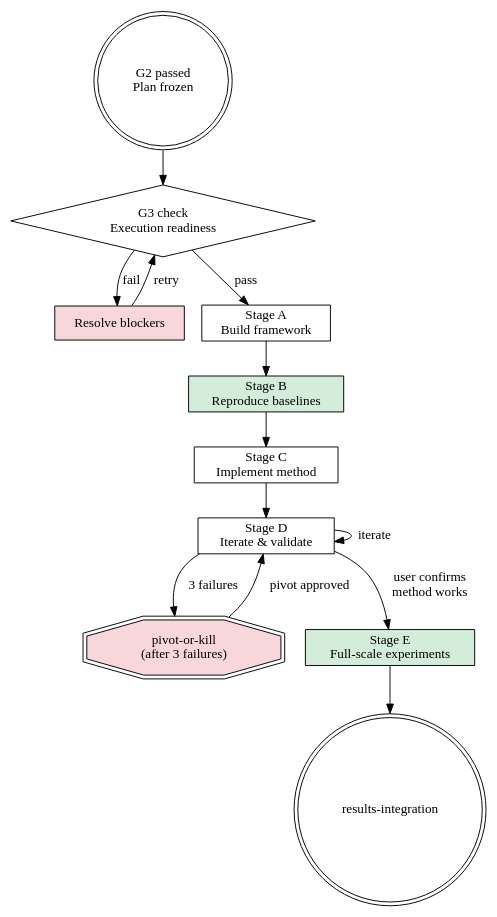
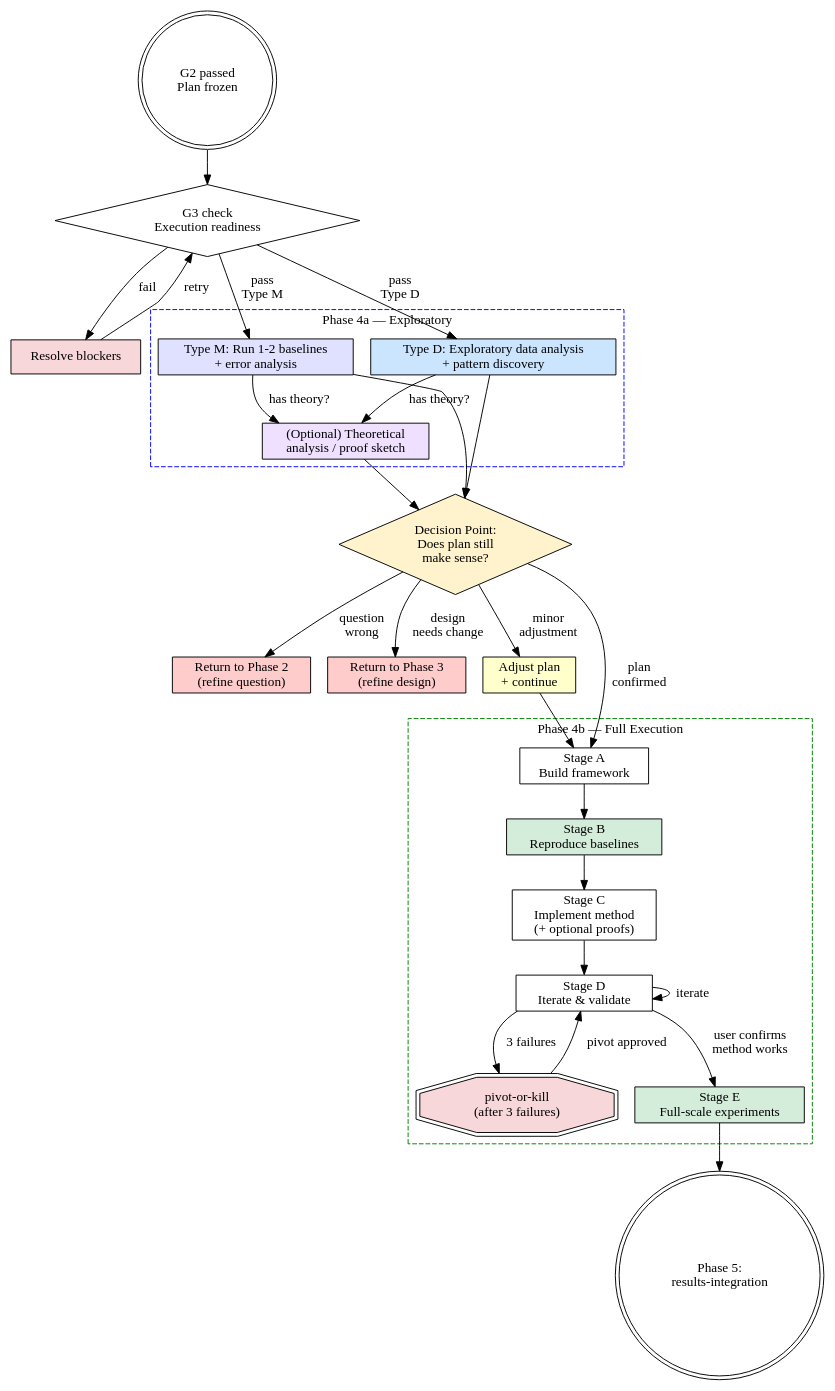
Before and after one commit to EvoClaw/amplify: the diagram in skills/experiment-execution/SKILL.md, drawn with Graphviz. The commit also changed other lines of this file and 13 other files, not shown here.

````diff
--- a/skills/experiment-execution/SKILL.md
+++ b/skills/experiment-execution/SKILL.md
@@ -40,28 +55,62 @@
 ```dot
 digraph execution {
     rankdir=TB;
     g2 [label="G2 passed\nPlan frozen" shape=doublecircle];
     g3 [label="G3 check\nExecution readiness" shape=diamond];
     g3_fail [label="Resolve blockers" shape=box style=filled fillcolor="#f8d7da"];
-    A [label="Stage A\nBuild framework" shape=box];
-    B [label="Stage B\nReproduce baselines" shape=box style=filled fillcolor="#d4edda"];
-    C [label="Stage C\nImplement method" shape=box];
-    D [label="Stage D\nIterate & validate" shape=box];
-    pivot [label="pivot-or-kill\n(after 3 failures)" shape=doubleoctagon style=filled fillcolor="#f8d7da"];
-    E [label="Stage E\nFull-scale experiments" shape=box style=filled fillcolor="#d4edda"];
-    results [label="results-integration" shape=doublecircle];
+    
+    subgraph cluster_4a {
+        label="Phase 4a — Exploratory";
+        style=dashed;
+        color=blue;
+        exp_M [label="Type M: Run 1-2 baselines\n+ error analysis" shape=box style=filled fillcolor="#e0e0ff"];
+        exp_D [label="Type D: Exploratory data analysis\n+ pattern discovery" shape=box style=filled fillcolor="#cce5ff"];
+        exp_T [label="(Optional) Theoretical\nanalysis / proof sketch" shape=box style=filled fillcolor="#f0e0ff"];
+    }
+    
+    decision [label="Decision Point:\nDoes plan still\nmake sense?" shape=diamond style=filled fillcolor="#fff3cd"];
+    return_p2 [label="Return to Phase 2\n(refine question)" shape=box style=filled fillcolor="#ffcccc"];
+    return_p3 [label="Return to Phase 3\n(refine design)" shape=box style=filled fillcolor="#ffcccc"];
+    adjust [label="Adjust plan\n+ continue" shape=box style=filled fillcolor="#ffffcc"];
+    
+    subgraph cluster_4b {
+        label="Phase 4b — Full Execution";
+        style=dashed;
+        color=green;
+        A [label="Stage A\nBuild framework" shape=box];
+        B [label="Stage B\nReproduce baselines" shape=box style=filled fillcolor="#d4edda"];
+        C [label="Stage C\nImplement method\n(+ optional proofs)" shape=box];
+        D [label="Stage D\nIterate & validate" shape=box];
+        pivot [label="pivot-or-kill\n(after 3 failures)" shape=doubleoctagon style=filled fillcolor="#f8d7da"];
+        E [label="Stage E\nFull-scale experiments" shape=box style=filled fillcolor="#d4edda"];
+    }
+    
+    results [label="Phase 5:\nresults-integration" shape=doublecircle];
 
     g2 -> g3;
     g3 -> g3_fail [label="fail"];
     g3_fail -> g3 [label="retry"];
-    g3 -> A [label="pass"];
+    g3 -> exp_M [label="pass\nType M"];
+    g3 -> exp_D [label="pass\nType D"];
+    exp_M -> exp_T [label="has theory?"];
+    exp_D -> exp_T [label="has theory?"];
+    exp_M -> decision;
+    exp_D -> decision;
+    exp_T -> decision;
+    
+    decision -> return_p2 [label="question\nwrong"];
+    decision -> return_p3 [label="design\nneeds change"];
+    decision -> adjust [label="minor\nadjustment"];
+    decision -> A [label="plan\nconfirmed"];
+    adjust -> A;
+    
     A -> B;
     B -> C;
     C -> D;
     D -> D [label="iterate"];
     D -> pivot [label="3 failures"];
     pivot -> D [label="pivot approved"];
     D -> E [label="user confirms\nmethod works"];
     E -> results;
 }
 ```
````
